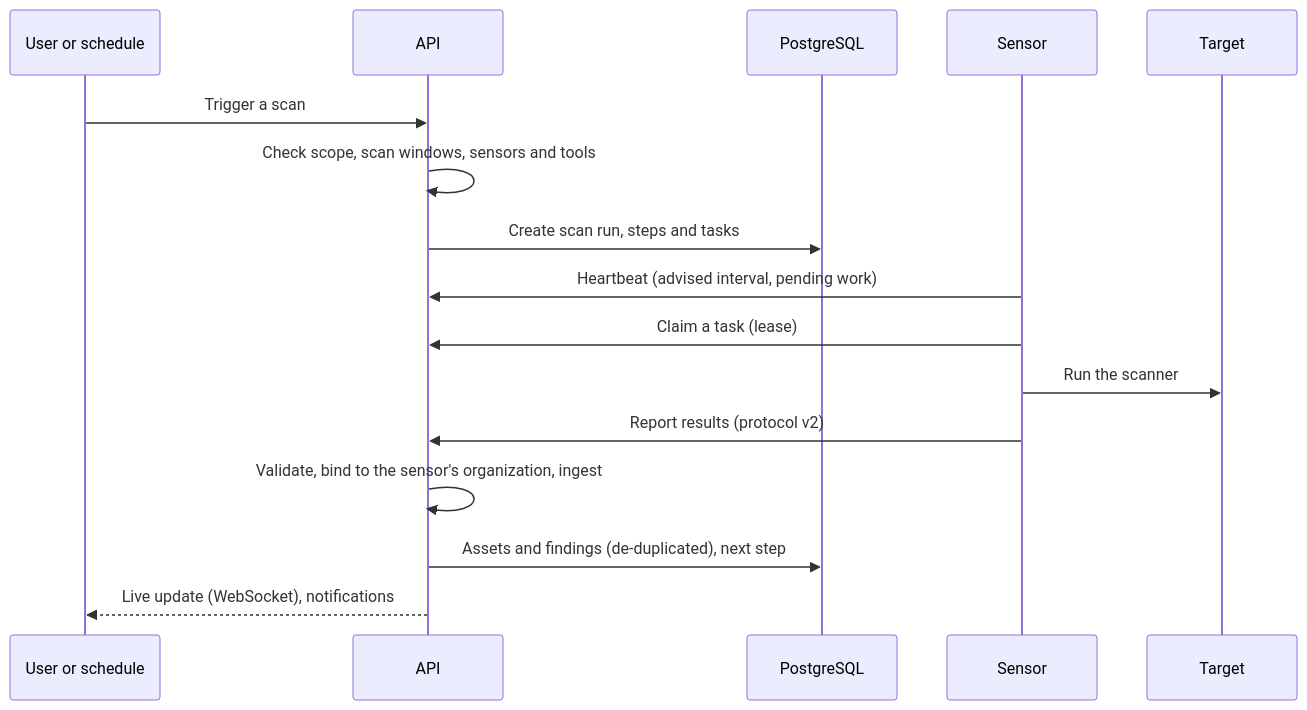
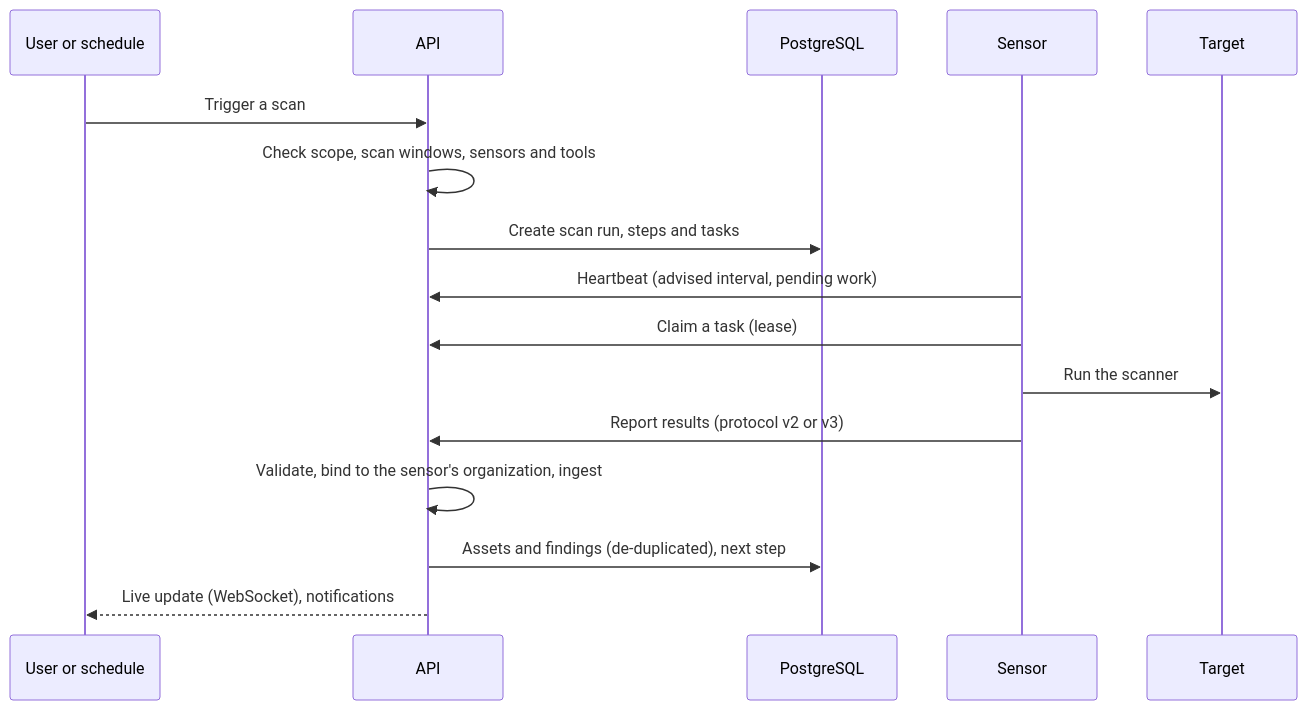
One commit to openctemio/docs changed the second of 4 diagrams in overview/architecture.md. Above: the diagram before and after it, drawn with Mermaid. The commit also changed other lines of this file and 84 other files, not shown here.

````diff
--- a/overview/architecture.md
+++ b/overview/architecture.md
@@ -94,18 +104,18 @@
 ```mermaid
 sequenceDiagram
     participant U as User or schedule
     participant API as API
     participant DB as PostgreSQL
     participant S as Sensor
     participant T as Target
     U->>API: Trigger a scan
     API->>API: Check scope, scan windows, sensors and tools
     API->>DB: Create scan run, steps and tasks
     S->>API: Heartbeat (advised interval, pending work)
     S->>API: Claim a task (lease)
     S->>T: Run the scanner
-    S->>API: Report results (protocol v2)
+    S->>API: Report results (protocol v2 or v3)
     API->>API: Validate, bind to the sensor's organization, ingest
     API->>DB: Assets and findings (de-duplicated), next step
     API-->>U: Live update (WebSocket), notifications
 ```
````
